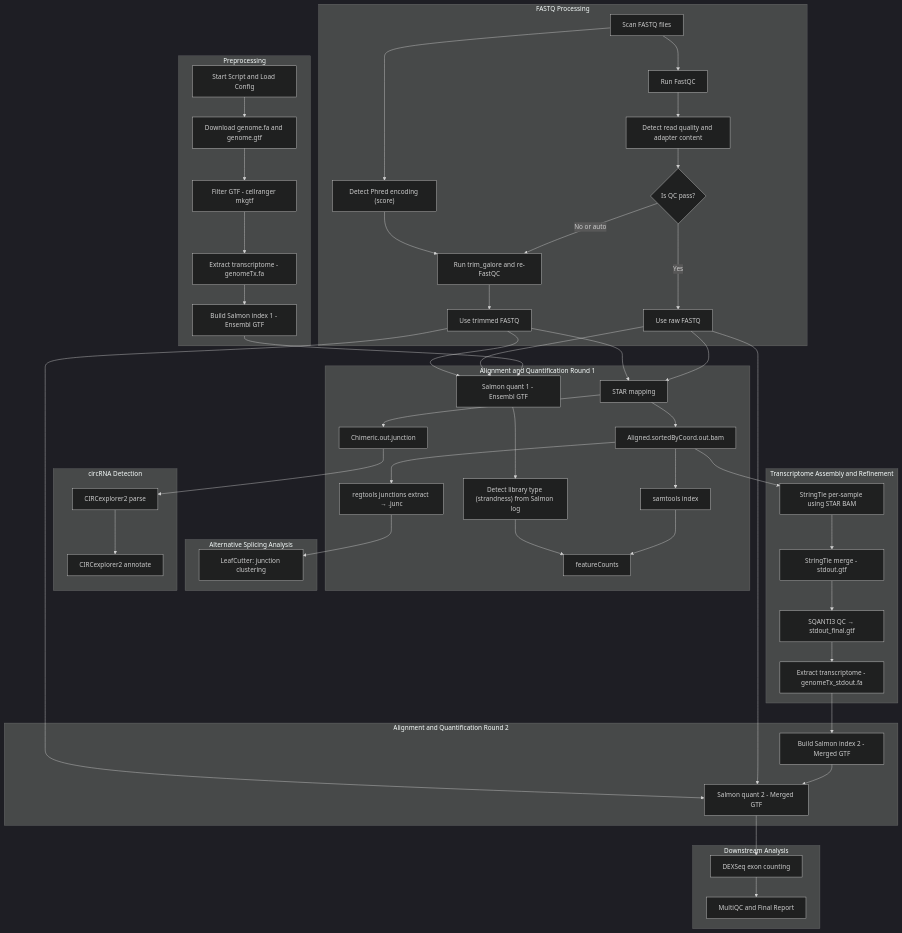
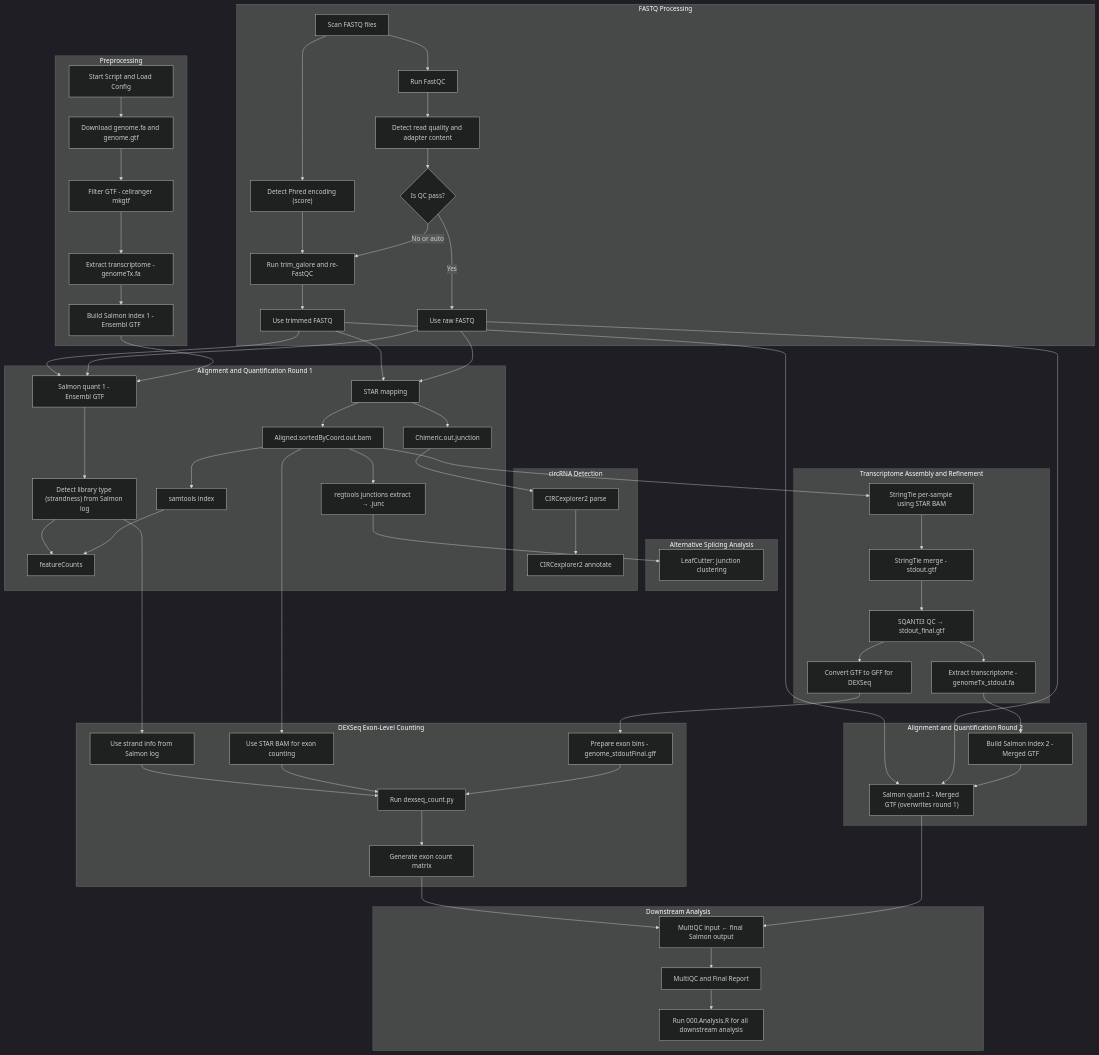
One commit to LabOnoM/DK.BeesGO changed the diagram in source/content/Dry/Software Engineering/BRAP-Bulk RNA-seq Auto Pipeline.md. Above: the diagram before and after it, drawn with Mermaid (dark theme).

Commit message:
vault backup: 2025-06-21 09:26:35

````diff
--- a/source/content/Dry/Software Engineering/BRAP-Bulk RNA-seq Auto Pipeline.md
+++ b/source/content/Dry/Software Engineering/BRAP-Bulk RNA-seq Auto Pipeline.md
@@ -109,6 +109,8 @@
 
 E3 --> E4[Extract transcriptome - genomeTx_stdout.fa]
 
+E3 --> E5[Convert GTF to GFF for DEXSeq]
+
 end
 
   
@@ -117,7 +119,7 @@
 
 E4 --> F1[Build Salmon index 2 - Merged GTF]
 
-F1 --> F2[Salmon quant 2 - Merged GTF]
+F1 --> F2["Salmon quant 2 - Merged GTF (overwrites round 1)"]
 
 B5 --> F2
 
@@ -127,11 +129,35 @@
 
   
 
+subgraph DEXSeq Exon-Level Counting
+
+E5 --> Z1[Prepare exon bins - genome_stdoutFinal.gff]
+
+C2 --> Z2[Use STAR BAM for exon counting]
+
+D2 --> Z3[Use strand info from Salmon log]
+
+Z1 --> Z4[Run dexseq_count.py]
+
+Z2 --> Z4
+
+Z3 --> Z4
+
+Z4 --> Z5[Generate exon count matrix]
+
+end
+
+  
+
 subgraph Downstream Analysis
 
-F2 --> Z1[DEXSeq exon counting]
+F2 --> Z6[MultiQC input ← final Salmon output]
 
-Z1 --> Z2[MultiQC and Final Report]
+Z5 --> Z6
+
+Z6 --> Z7[MultiQC and Final Report]
+
+Z7 --> Z8[Run 000.Analysis.R for all downstream analysis]
 
 end
 ```
````
